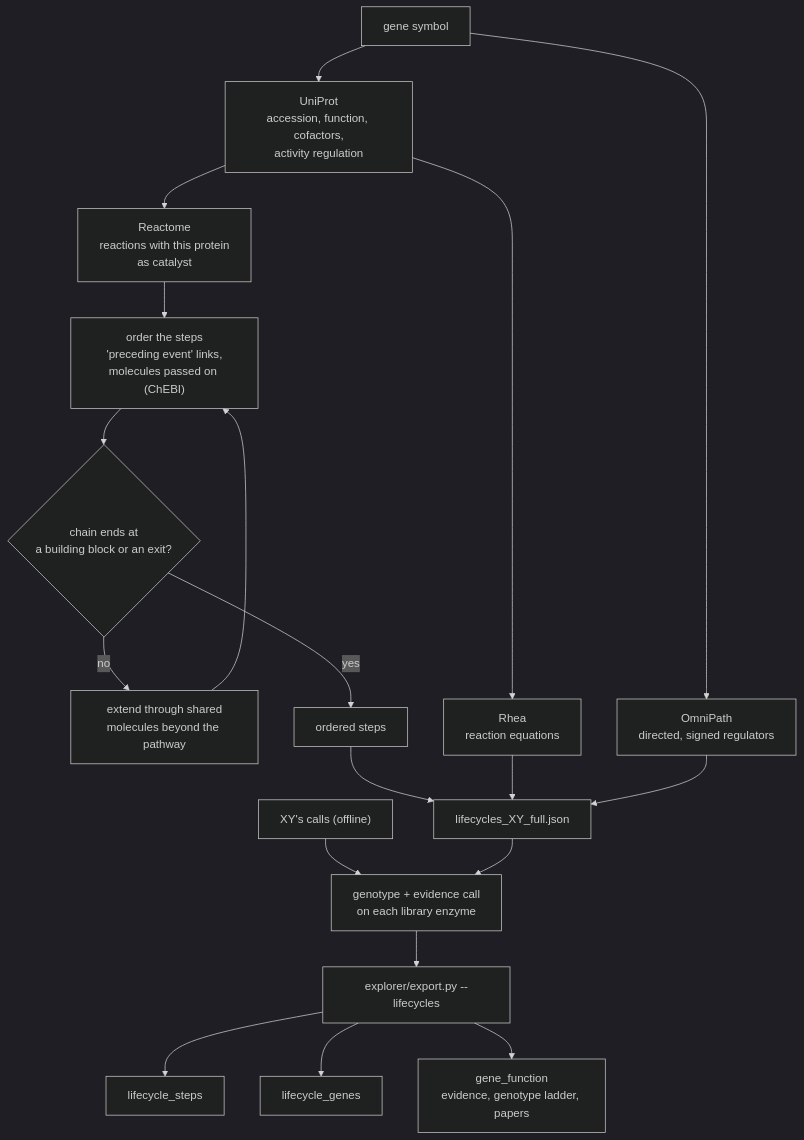
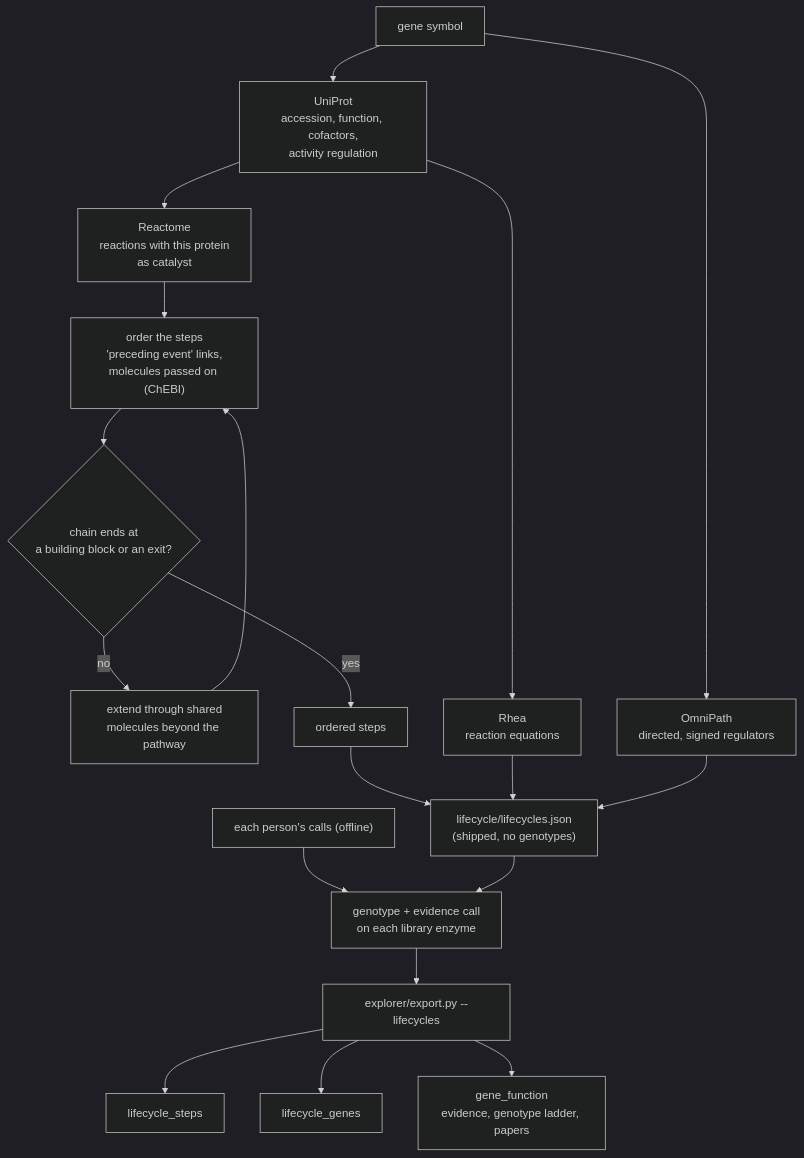
The first of 2 diagrams in docs/architecture/lifecycles.md (Lyceriuss/DNA-Analyzer), drawn with Mermaid (dark theme) before and after one commit. The commit also changed other lines of this file and 34 other files, not shown here.

````diff
--- a/docs/architecture/lifecycles.md
+++ b/docs/architecture/lifecycles.md
@@ -12,19 +12,19 @@
 ```mermaid
 flowchart TB
     G["gene symbol"] --> UP["UniProt<br/>accession, function, cofactors,<br/>activity regulation"]
     UP --> RX["Reactome<br/>reactions with this protein<br/>as catalyst"]
     RX --> ORD["order the steps<br/>'preceding event' links,<br/>molecules passed on (ChEBI)"]
     ORD --> EXT{"chain ends at<br/>a building block or an exit?"}
     EXT -->|no| SHARE["extend through shared<br/>molecules beyond the pathway"]
     SHARE --> ORD
     EXT -->|yes| STEPS["ordered steps"]
     UP --> RH["Rhea<br/>reaction equations"]
     G --> OP["OmniPath<br/>directed, signed regulators"]
-    STEPS & RH & OP --> LC["lifecycles_XY_full.json"]
-    CALLS["XY's calls (offline)"] --> OVER["genotype + evidence call<br/>on each library enzyme"]
+    STEPS & RH & OP --> LC["lifecycle/lifecycles.json<br/>(shipped, no genotypes)"]
+    CALLS["each person's calls (offline)"] --> OVER["genotype + evidence call<br/>on each library enzyme"]
     LC --> OVER
     OVER --> EXP["explorer/export.py --lifecycles"]
     EXP --> D1["lifecycle_steps"]
     EXP --> D2["lifecycle_genes"]
     EXP --> D3["gene_function<br/>evidence, genotype ladder, papers"]
 ```
````
